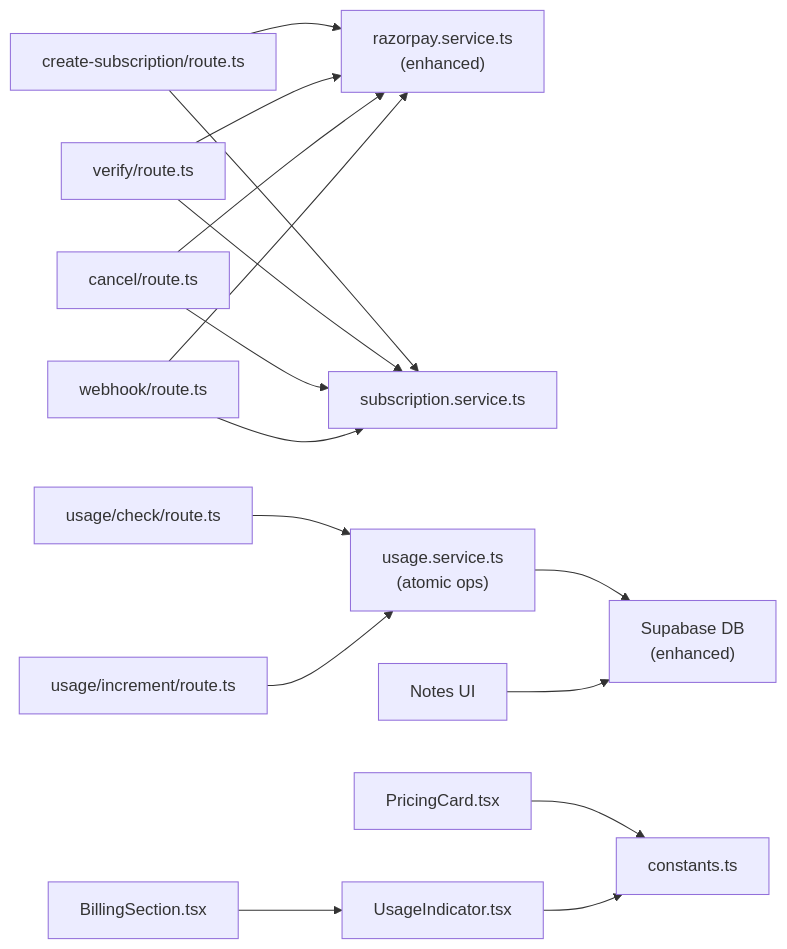
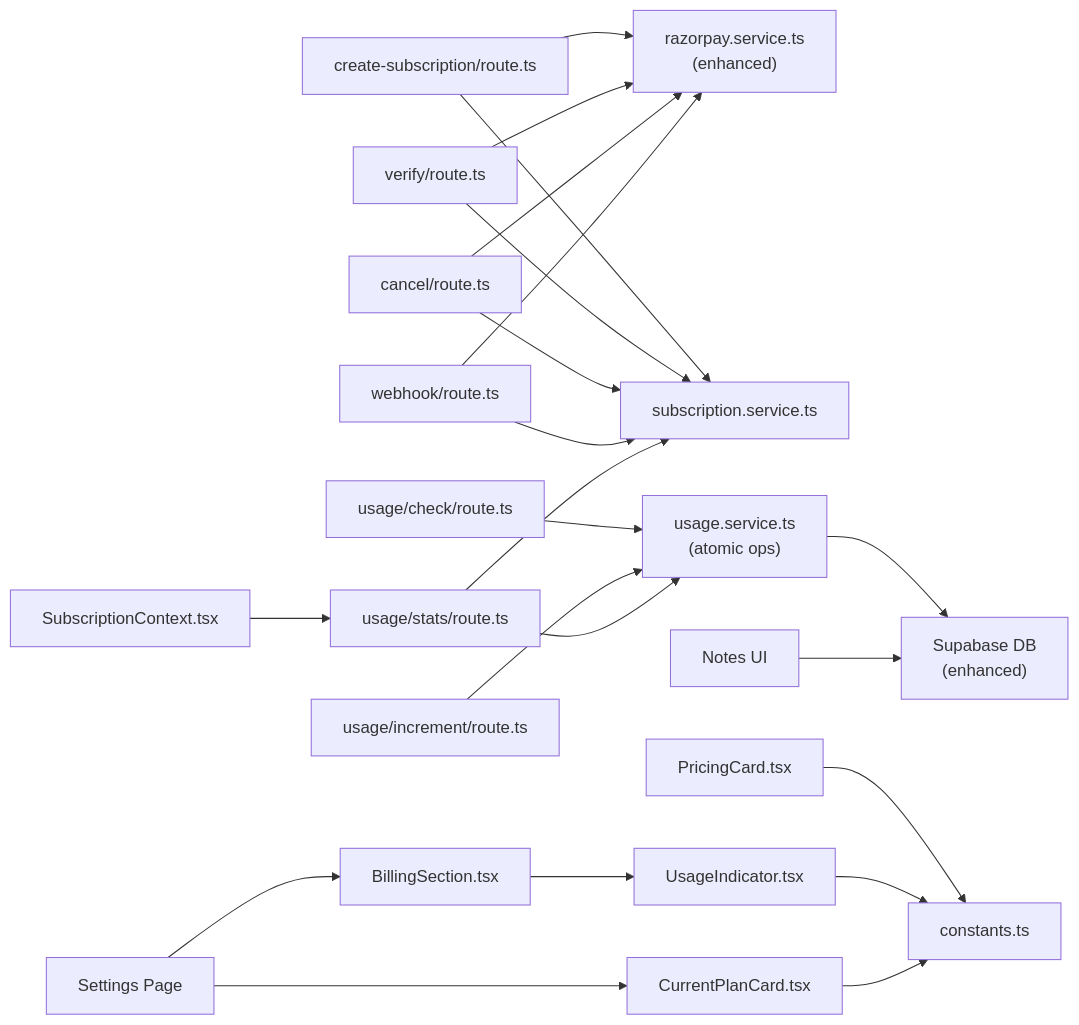
Diagram 13 of 14 in .qoder/repowiki/en/content/Subscription & Payment System.md (navgurukul/oscar), drawn with Mermaid before and after one commit. The commit also changed other lines of this file and 9 other files, not shown here.

Commit message:
feat(settings): add multi-section settings architecture with lazy-loaded components

````diff
--- a/.qoder/repowiki/en/content/Subscription & Payment System.md
+++ b/.qoder/repowiki/en/content/Subscription & Payment System.md
@@ -468,18 +729,24 @@
 ```mermaid
 graph LR
 CS["create-subscription/route.ts"] --> RS["razorpay.service.ts<br/>(enhanced)"]
 CS --> SS["subscription.service.ts"]
 VER["verify/route.ts"] --> RS
 VER --> SS
 CAN["cancel/route.ts"] --> RS
 CAN --> SS
 WH["webhook/route.ts"] --> RS
 WH --> SS
 UC["usage/check/route.ts"] --> US["usage.service.ts<br/>(atomic ops)"]
 UIP["usage/increment/route.ts"] --> US
+STATS["usage/stats/route.ts"] --> SS
+STATS --> US
+SC["SubscriptionContext.tsx"] --> STATS
 US --> DB["Supabase DB<br/>(enhanced)"]
 PC["PricingCard.tsx"] --> CONST["constants.ts"]
 UI["UsageIndicator.tsx"] --> CONST
 BS["BillingSection.tsx"] --> UI
+CPC["CurrentPlanCard.tsx"] --> CONST
+SP["Settings Page"] --> CPC
+SP --> BS
 NS["Notes UI"] --> DB
 ```
````
